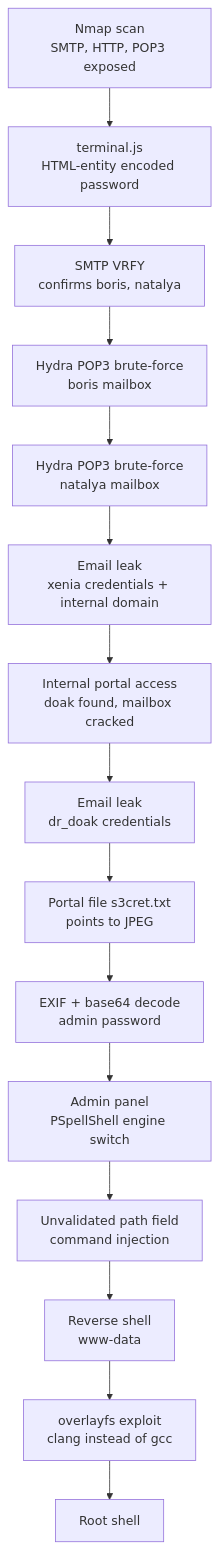
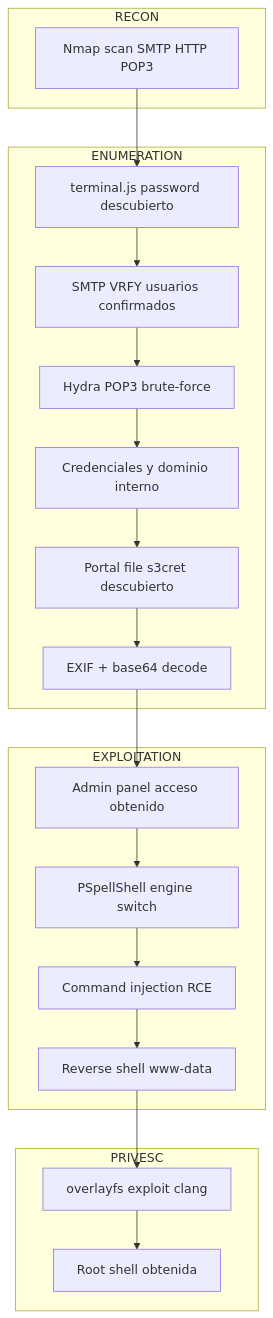
The diagram in _posts/2026-07-04-goldeneye.md (renekerr/renekerr.github.io), drawn with Mermaid before and after one commit. The commit also changed other lines of this file and 8 other files, not shown here.

Commit message:
Improve Attack Flow diagrams: convert to subgraph format grouped by phase (RECON-ENUMERATION-EXPLOITATION-PRIVESC-POST-EXPLOITATION) for all CTF writeups

```diff
--- a/_posts/2026-07-04-goldeneye.md
+++ b/_posts/2026-07-04-goldeneye.md
@@ -201,17 +201,28 @@
 <div class="mermaid">
 graph TD
-    A["Nmap scan<br/>SMTP, HTTP, POP3 exposed"] --> B["terminal.js<br/>HTML-entity encoded password"]
-    B --> C["SMTP VRFY<br/>confirms boris, natalya"]
-    C --> D["Hydra POP3 brute-force<br/>boris mailbox"]
-    D --> E["Hydra POP3 brute-force<br/>natalya mailbox"]
-    E --> F["Email leak<br/>xenia credentials + internal domain"]
-    F --> G["Internal portal access<br/>doak found, mailbox cracked"]
-    G --> H["Email leak<br/>dr_doak credentials"]
-    H --> I["Portal file s3cret.txt<br/>points to JPEG"]
-    I --> J["EXIF + base64 decode<br/>admin password"]
-    J --> K["Admin panel<br/>PSpellShell engine switch"]
-    K --> L["Unvalidated path field<br/>command injection"]
-    L --> M["Reverse shell<br/>www-data"]
-    M --> N["overlayfs exploit<br/>clang instead of gcc"]
-    N --> O["Root shell"]
+ subgraph RECON["RECON"]
+  A["Nmap scan SMTP HTTP POP3"]
+ end
+ 
+ subgraph ENUM["ENUMERATION"]
+  B["terminal.js password descubierto"] --> C["SMTP VRFY usuarios confirmados"]
+  D["Hydra POP3 brute-force"] --> E["Credenciales y dominio interno"]
+  F["Portal file s3cret descubierto"] --> G["EXIF + base64 decode"]
+ end
+ 
+ subgraph EXPL["EXPLOITATION"]
+  H["Admin panel acceso obtenido"] --> I["PSpellShell engine switch"]
+  I --> J["Command injection RCE"]
+  J --> K["Reverse shell www-data"]
+ end
+ 
+ subgraph PRIVESC["PRIVESC"]
+  L["overlayfs exploit clang"] --> M["Root shell obtenida"]
+ end
+ 
+ A --> B
+ C --> D
+ E --> F
+ G --> H
+ K --> L
 </div>
```
